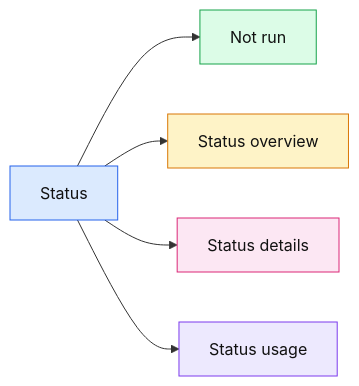
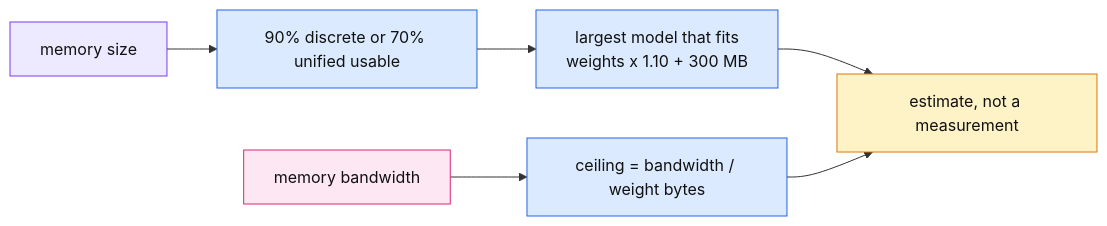
One commit to thomascherickal/ferrum-gpu changed diagram 17 of 21 in readme.md. Above: the diagram before and after it, drawn with Mermaid. The commit also changed other lines of this file and 4 other files, not shown here.

First line of the commit message:
docs: hand-drawn data-flow diagrams for the readme, architecture and GUI pages

````diff
--- a/readme.md
+++ b/readme.md
@@ -458,13 +468,13 @@
 ```mermaid
 flowchart LR
-    a["Status"]:::root
-    a --> n0["Not run"]:::c0
-    a --> n1["Status overview"]:::c1
-    a --> n2["Status details"]:::c2
-    a --> n3["Status usage"]:::c3
-    classDef root fill:#dbeafe,stroke:#2563eb,color:#111
-    classDef c0 fill:#dcfce7,stroke:#16a34a,color:#111
-    classDef c1 fill:#fef3c7,stroke:#d97706,color:#111
-    classDef c2 fill:#fce7f3,stroke:#db2777,color:#111
-    classDef c3 fill:#ede9fe,stroke:#7c3aed,color:#111
+    mem["memory size"]:::host --> use["90% discrete or 70% unified usable"]:::core
+    use --> fit["largest model that fits<br/>weights x 1.10 + 300 MB"]:::core
+    bw["memory bandwidth"]:::io --> ceil["ceiling = bandwidth / weight bytes"]:::core
+    fit --> est["estimate, not a measurement"]:::cpu
+    ceil --> est
+    classDef core fill:#dbeafe,stroke:#2563eb,color:#111
+    classDef gpu fill:#dcfce7,stroke:#16a34a,color:#111
+    classDef cpu fill:#fef3c7,stroke:#d97706,color:#111
+    classDef io fill:#fce7f3,stroke:#db2777,color:#111
+    classDef host fill:#ede9fe,stroke:#7c3aed,color:#111
 ```
````
